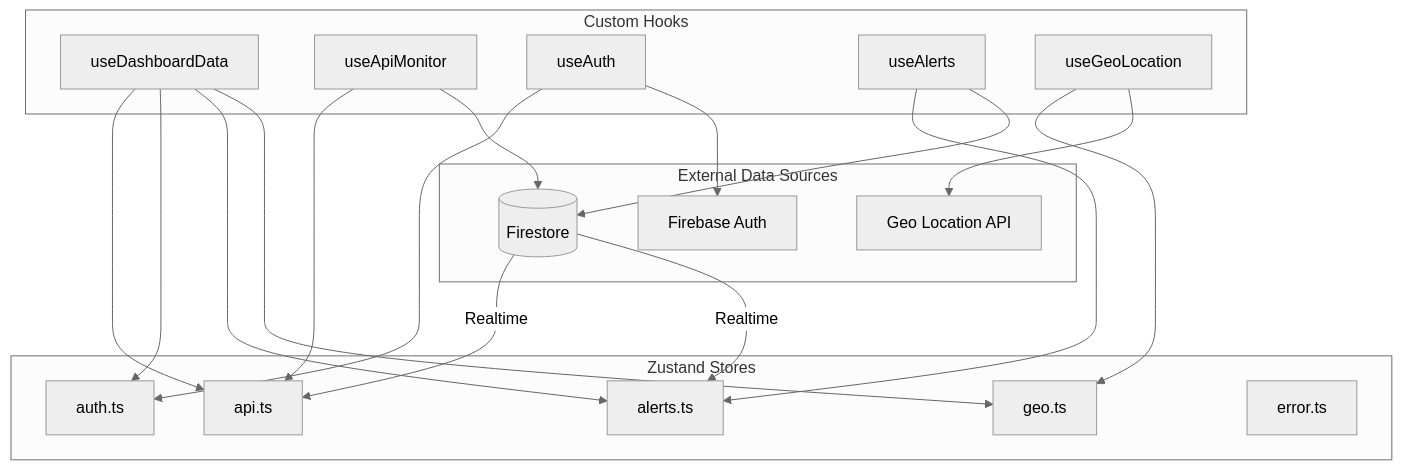
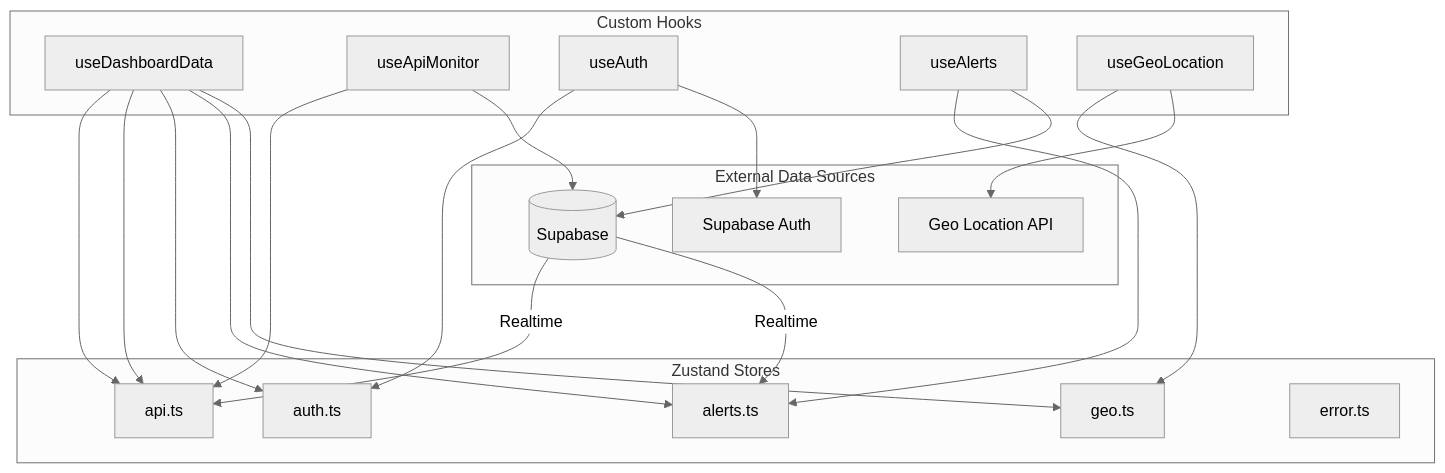
Before and after one commit to AjaCHN/LLM-API-Sentinel: the third of 13 diagrams in openspec/architecture.md, drawn with Mermaid (neutral theme). The commit also changed other lines of this file and 5 other files, not shown here.

````diff
--- a/openspec/architecture.md
+++ b/openspec/architecture.md
@@ -109,44 +108,45 @@
 ```mermaid
 graph TD
     subgraph Store [Zustand Stores]
         API[api.ts]
         Auth[auth.ts]
         Alerts[alerts.ts]
         Geo[geo.ts]
         Error[error.ts]
     end
 
     subgraph Hooks [Custom Hooks]
         useDashboard[useDashboardData]
         useApi[useApiMonitor]
         useAuthHook[useAuth]
         useAlertsHook[useAlerts]
         useGeo[useGeoLocation]
     end
 
     subgraph External [External Data Sources]
-        Firestore[(Firestore)]
+        Supabase[(Supabase)]
         GeoAPI[Geo Location API]
-        AuthAPI[Firebase Auth]
+        AuthAPI[Supabase Auth]
     end
 
+    useDashboard --> API
     useDashboard --> API
     useDashboard --> Auth
     useDashboard --> Alerts
     useDashboard --> Geo
     
     useApi --> API
-    useApi --> Firestore
+    useApi --> Supabase
     
     useAuthHook --> Auth
     useAuthHook --> AuthAPI
     
     useAlertsHook --> Alerts
-    useAlertsHook --> Firestore
+    useAlertsHook --> Supabase
     
     useGeo --> Geo
     useGeo --> GeoAPI
     
-    Firestore -->|Realtime| API
-    Firestore -->|Realtime| Alerts
+    Supabase -->|Realtime| API
+    Supabase -->|Realtime| Alerts
 ```
````
